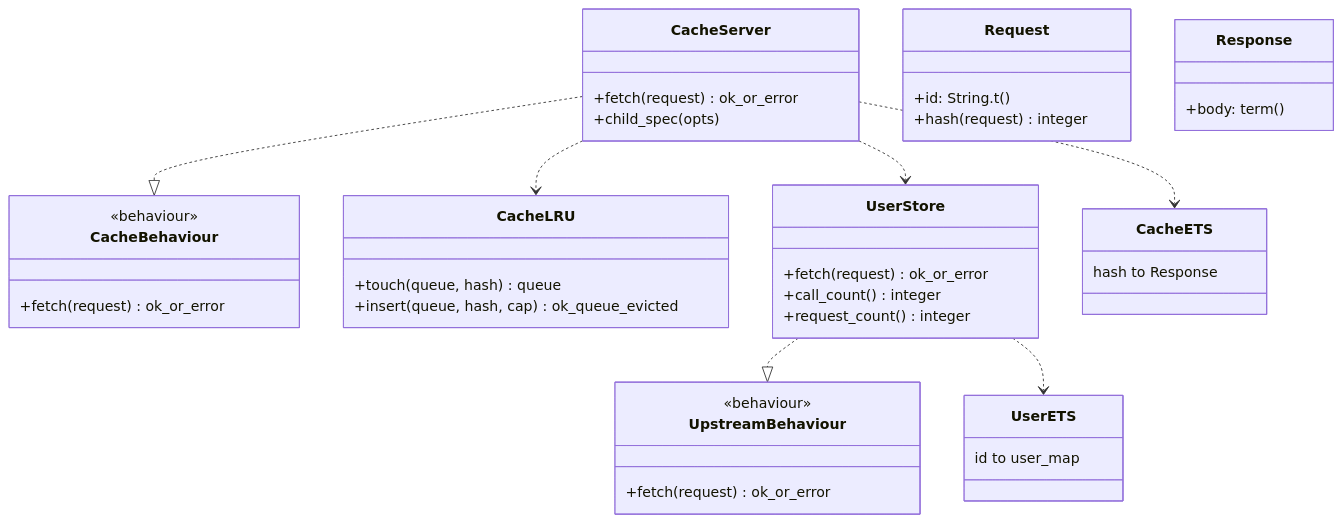
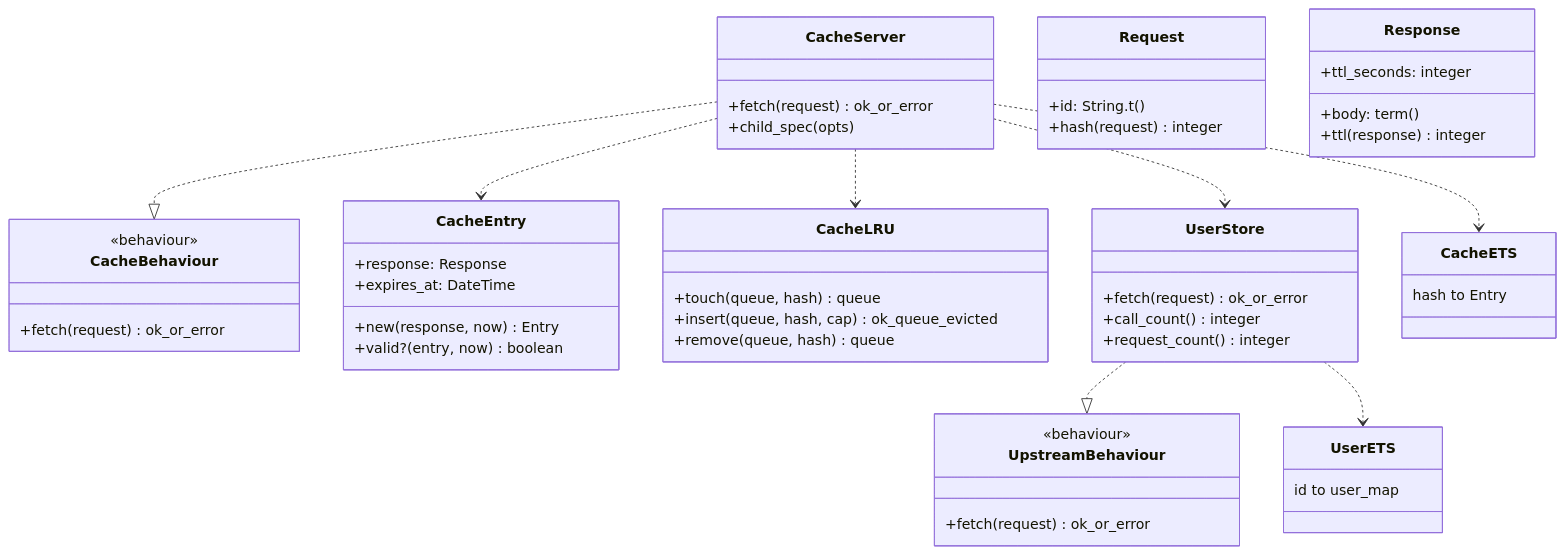
Before and after one commit to muzamilarshad/appwork_cache: the second of 2 diagrams in docs/architecture.md, drawn with Mermaid. The commit also changed other lines of this file and 1 other file, not shown here.

Commit message:
docs(v3): update architecture diagram and README

````diff
--- a/docs/architecture.md
+++ b/docs/architecture.md
@@ -19,43 +20,53 @@
 ```mermaid
 classDiagram
   class CacheBehaviour {
     <<behaviour>>
     +fetch(request) ok_or_error
   }
   class CacheServer {
     +fetch(request) ok_or_error
     +child_spec(opts)
   }
+  class CacheEntry {
+    +response: Response
+    +expires_at: DateTime
+    +new(response, now) Entry
+    +valid?(entry, now) boolean
+  }
   class CacheLRU {
     +touch(queue, hash) queue
     +insert(queue, hash, cap) ok_queue_evicted
+    +remove(queue, hash) queue
   }
   class UpstreamBehaviour {
     <<behaviour>>
     +fetch(request) ok_or_error
   }
   class UserStore {
     +fetch(request) ok_or_error
     +call_count() integer
     +request_count() integer
   }
   class Request {
     +id: String.t()
     +hash(request) integer
   }
   class Response {
     +body: term()
+    +ttl_seconds: integer
+    +ttl(response) integer
   }
   class CacheETS {
-    hash to Response
+    hash to Entry
   }
   class UserETS {
     id to user_map
   }
   CacheServer ..|> CacheBehaviour
   UserStore ..|> UpstreamBehaviour
+  CacheServer ..> CacheEntry
   CacheServer ..> CacheLRU
   CacheServer ..> CacheETS
   CacheServer ..> UserStore
   UserStore ..> UserETS
 ```
````
